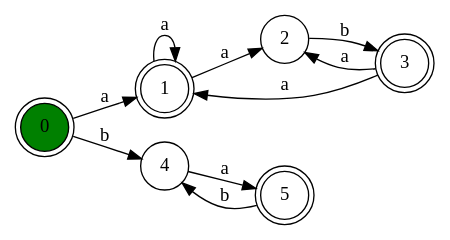
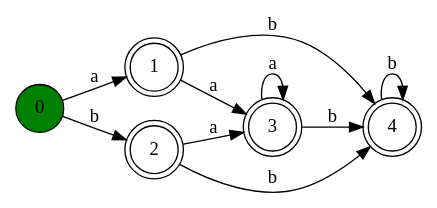
Before and after one commit to titusse3/glushkov-automata: the diagram in dot.dot, drawn with Graphviz. The commit also changed 3 other files, not shown here.

```diff
--- a/dot.dot
+++ b/dot.dot
@@ -1,30 +1,27 @@
 digraph {
     graph [rankdir=LR];
-    0 [shape=doublecircle
+    0 [shape=circle
       ,fillcolor=green
       ,style=filled];
     1 [shape=doublecircle
       ,fillcolor=white
       ,style=filled];
-    2 [shape=circle
+    2 [shape=doublecircle
       ,fillcolor=white
       ,style=filled];
     3 [shape=doublecircle
       ,fillcolor=white
       ,style=filled];
-    4 [shape=circle
-      ,fillcolor=white
-      ,style=filled];
-    5 [shape=doublecircle
+    4 [shape=doublecircle
       ,fillcolor=white
       ,style=filled];
     0 -> 1 [label=a];
-    0 -> 4 [label=b];
-    1 -> 1 [label=a];
-    1 -> 2 [label=a];
-    2 -> 3 [label=b];
-    3 -> 1 [label=a];
-    3 -> 2 [label=a];
-    4 -> 5 [label=a];
-    5 -> 4 [label=b];
+    0 -> 2 [label=b];
+    1 -> 3 [label=a];
+    1 -> 4 [label=b];
+    2 -> 3 [label=a];
+    2 -> 4 [label=b];
+    3 -> 3 [label=a];
+    3 -> 4 [label=b];
+    4 -> 4 [label=b];
 }
```
